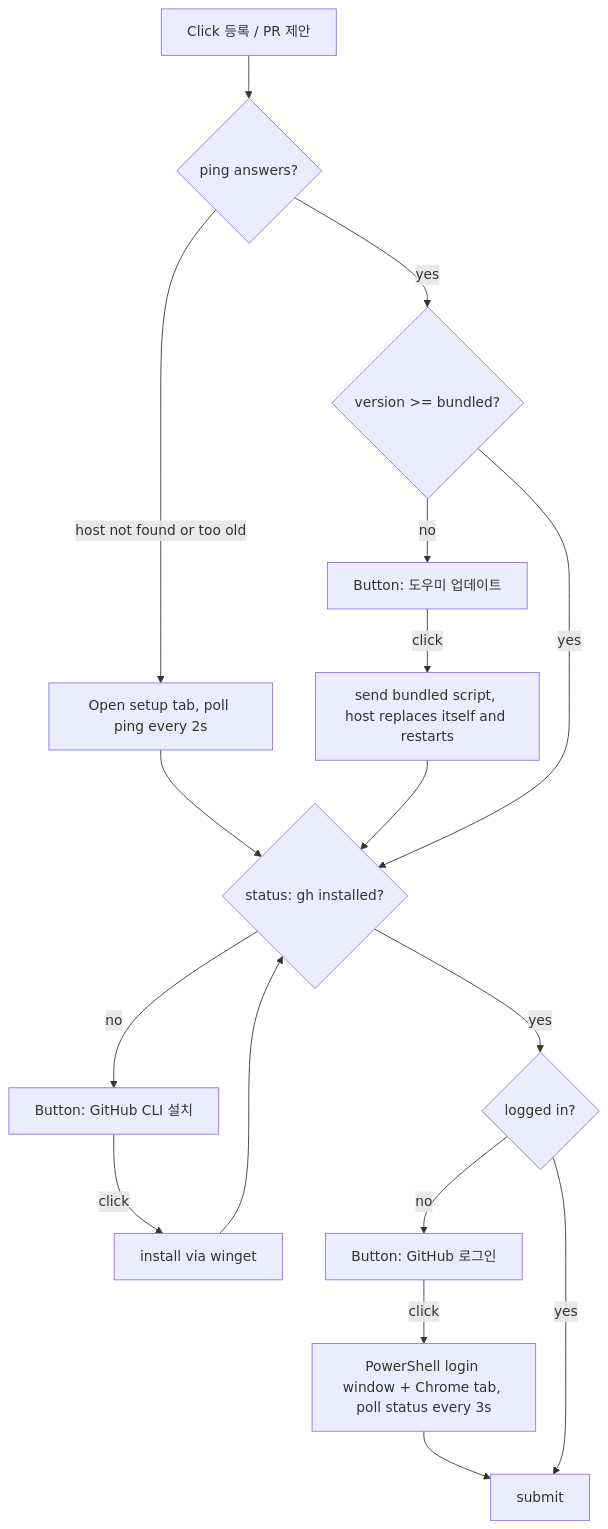
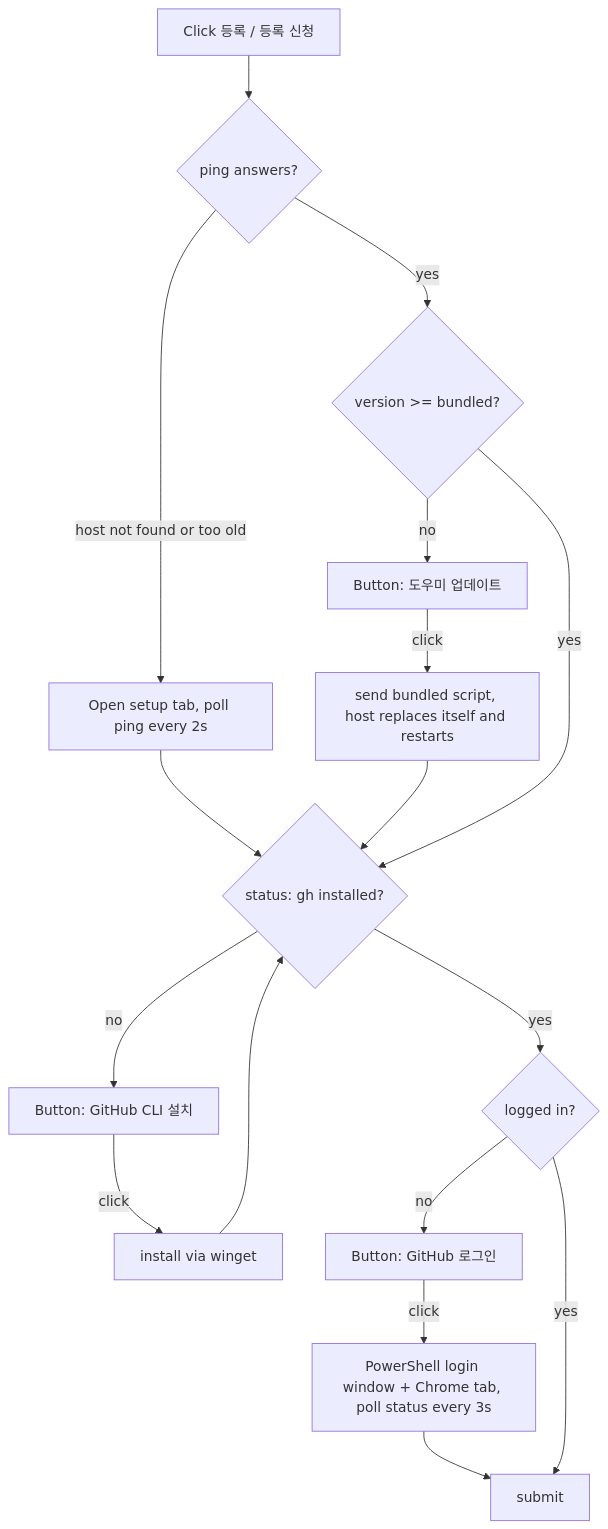
Before and after one commit to JaceDashS/udemy-korean-translator: the second of 2 diagrams in docs/design/translation/30-dictionary-sync.md, drawn with Mermaid. The commit also changed other lines of this file and 6 other files, not shown here.

````diff
--- a/docs/design/translation/30-dictionary-sync.md
+++ b/docs/design/translation/30-dictionary-sync.md
@@ -51,12 +51,12 @@
 ```mermaid
 flowchart TD
-    S[Click 등록 / PR 제안] --> A{ping answers?}
+    S[Click 등록 / 등록 신청] --> A{ping answers?}
     A -- host not found or too old --> R[Open setup tab, poll ping every 2s] --> B
     A -- yes --> V{version >= bundled?}
     V -- no --> U[Button: 도우미 업데이트] -->|click| U2[send bundled script, host replaces itself and restarts] --> B
     V -- yes --> B{status: gh installed?}
     B -- no --> I[Button: GitHub CLI 설치] -->|click| I2[install via winget] --> B
     B -- yes --> C{logged in?}
     C -- no --> L[Button: GitHub 로그인] -->|click| L2[PowerShell login window + Chrome tab, poll status every 3s] --> P
     C -- yes --> P[submit]
 ```
````
